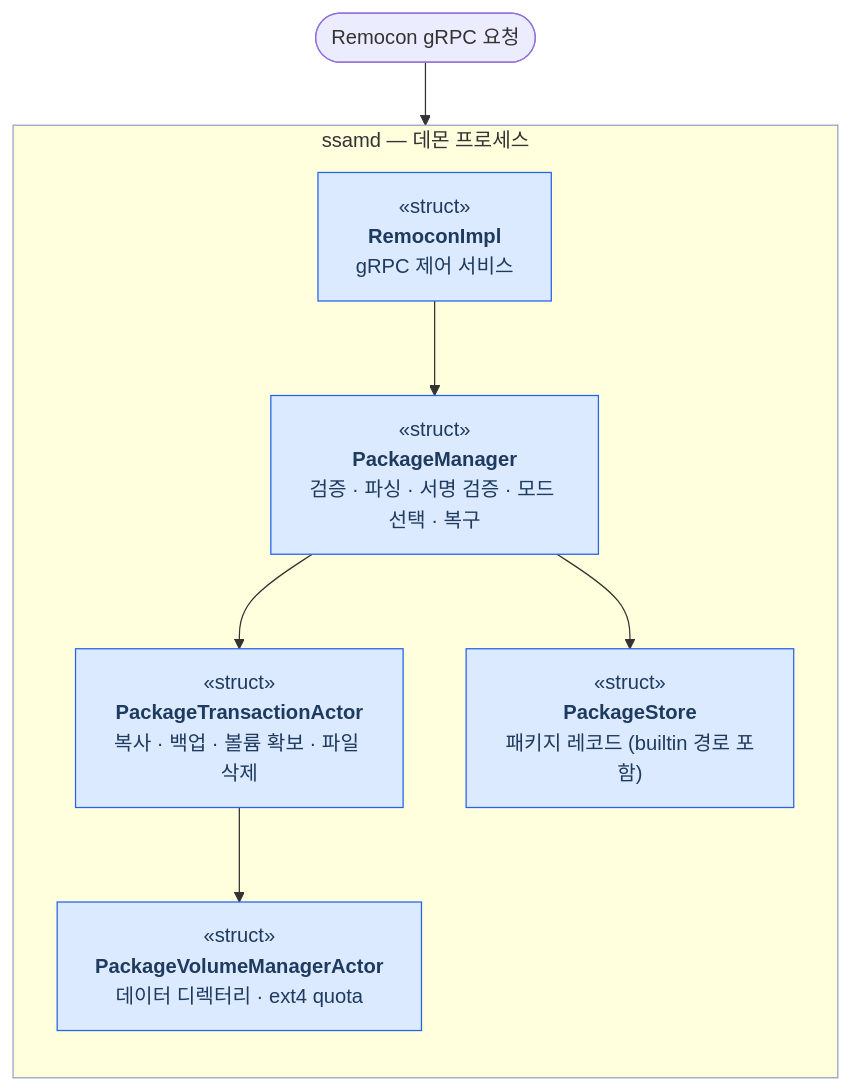
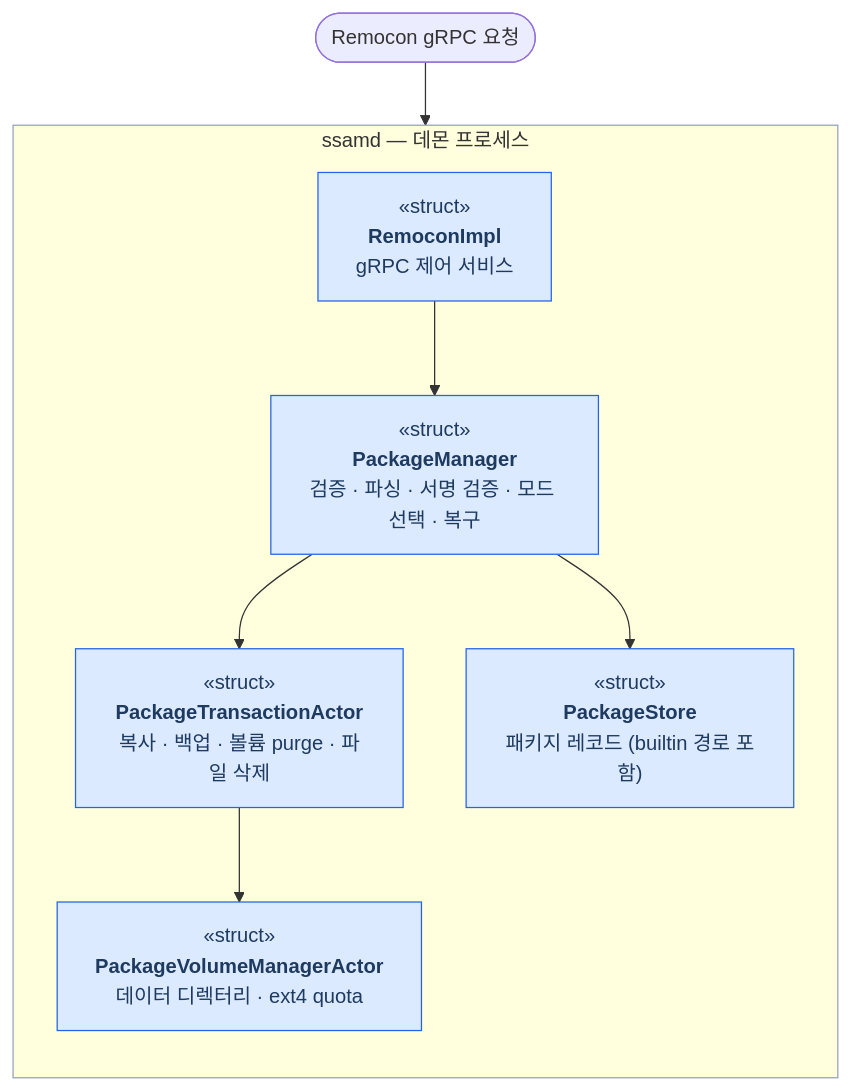
Before and after one commit to mobis-oss/ssam: the second of 2 diagrams in docs/architecture/package-management.ko.md, drawn with Mermaid. The commit also changed other lines of this file and 13 other files, not shown here.

````diff
--- a/docs/architecture/package-management.ko.md
+++ b/docs/architecture/package-management.ko.md
@@ -43,16 +43,16 @@
 ```mermaid
 flowchart TB
   START(["Remocon gRPC 요청"]) --> RS
 
   subgraph SD["ssamd — 데몬 프로세스"]
     direction TB
     RS["«struct»<br/><b>RemoconImpl</b><br/>gRPC 제어 서비스"] --> PM["«struct»<br/><b>PackageManager</b><br/>검증 · 파싱 · 서명 검증 · 모드 선택 · 복구"]
-    PM --> PT["«struct»<br/><b>PackageTransactionActor</b><br/>복사 · 백업 · 볼륨 확보 · 파일 삭제"]
+    PM --> PT["«struct»<br/><b>PackageTransactionActor</b><br/>복사 · 백업 · 볼륨 purge · 파일 삭제"]
     PM --> PS["«struct»<br/><b>PackageStore</b><br/>패키지 레코드 (builtin 경로 포함)"]
     PT --> PV["«struct»<br/><b>PackageVolumeManagerActor</b><br/>데이터 디렉터리 · ext4 quota"]
   end
 
   classDef actor fill:#dbeafe,stroke:#2563eb,color:#1e3a5f;
   class RS,PM,PT,PS,PV actor;
   style SD stroke:#94a3b8
 ```
````
